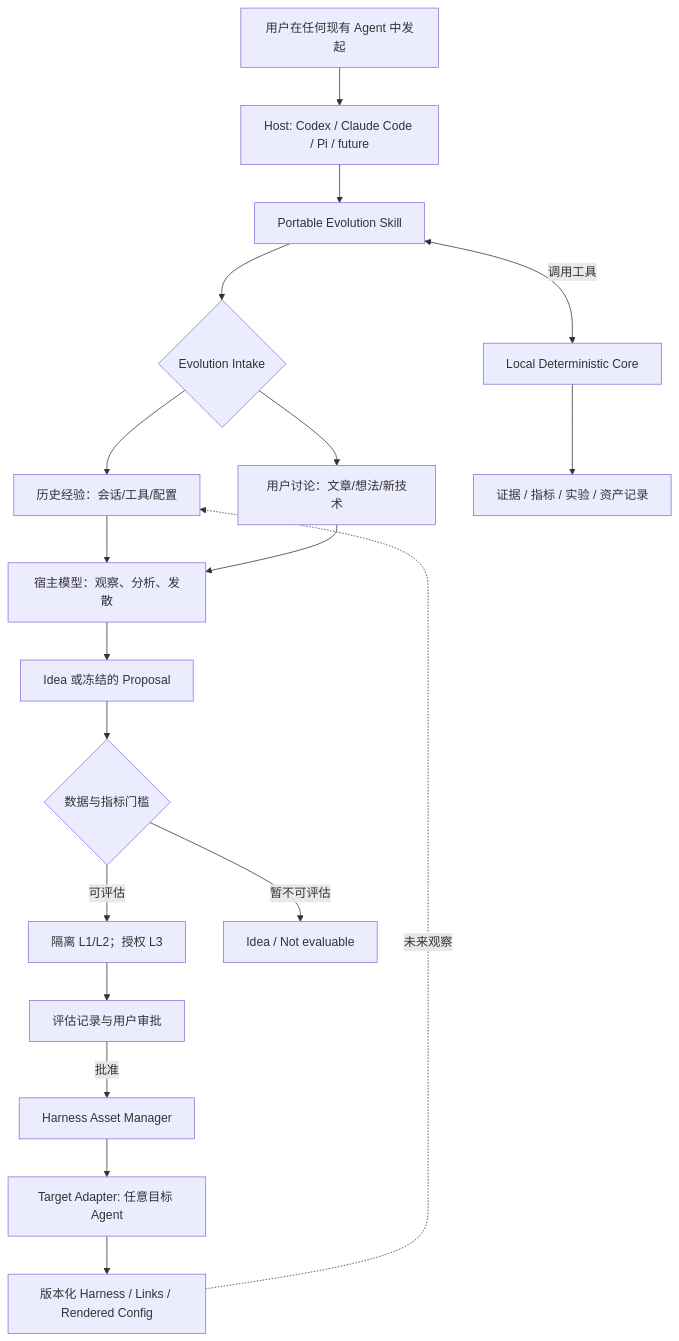
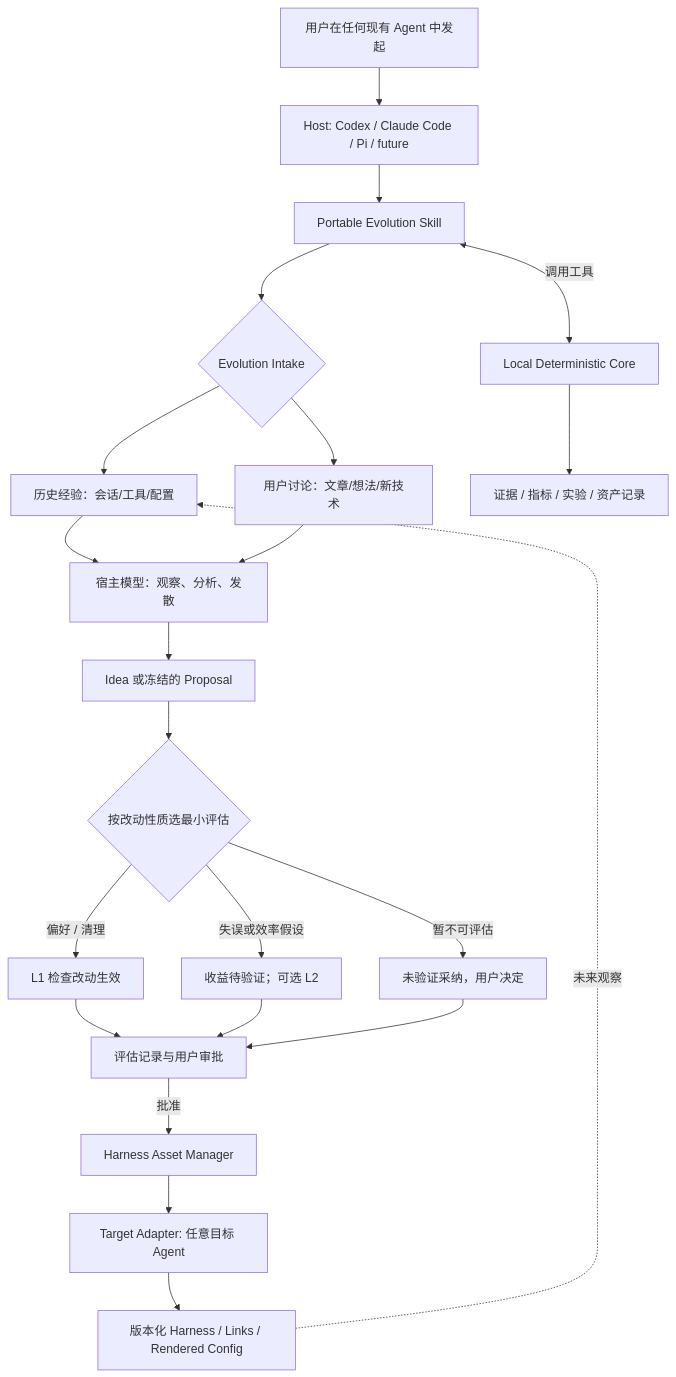
The diagram in docs/PHE_SPEC.md (zzf2333/Harness-Grove), drawn with Mermaid before and after one commit. The commit also changed other lines of this file and 6 other files, not shown here.

````diff
--- a/docs/PHE_SPEC.md
+++ b/docs/PHE_SPEC.md
@@ -150,21 +152,24 @@
 ```mermaid
 flowchart TD
     U[用户在任何现有 Agent 中发起] --> H[Host: Codex / Claude Code / Pi / future]
     H --> S[Portable Evolution Skill]
     S --> I{Evolution Intake}
     I --> E[历史经验：会话/工具/配置]
     I --> D[用户讨论：文章/想法/新技术]
     E --> A[宿主模型：观察、分析、发散]
     D --> A
     A --> P[Idea 或冻结的 Proposal]
     S <-->|调用工具| C[Local Deterministic Core]
     C --> R[证据 / 指标 / 实验 / 资产记录]
-    P --> G{数据与指标门槛}
-    G -->|可评估| V[隔离 L1/L2；授权 L3]
-    G -->|暂不可评估| J[Idea / Not evaluable]
+    P --> G{按改动性质选最小评估}
+    G -->|偏好 / 清理| V[L1 检查改动生效]
+    G -->|失误或效率假设| W[收益待验证；可选 L2]
+    G -->|暂不可评估| J[未验证采纳，用户决定]
     V --> X[评估记录与用户审批]
+    W --> X
+    J --> X
     X -->|批准| M[Harness Asset Manager]
     M --> T[Target Adapter: 任意目标 Agent]
     T --> F[版本化 Harness / Links / Rendered Config]
     F -.未来观察.-> E
 ```
````
